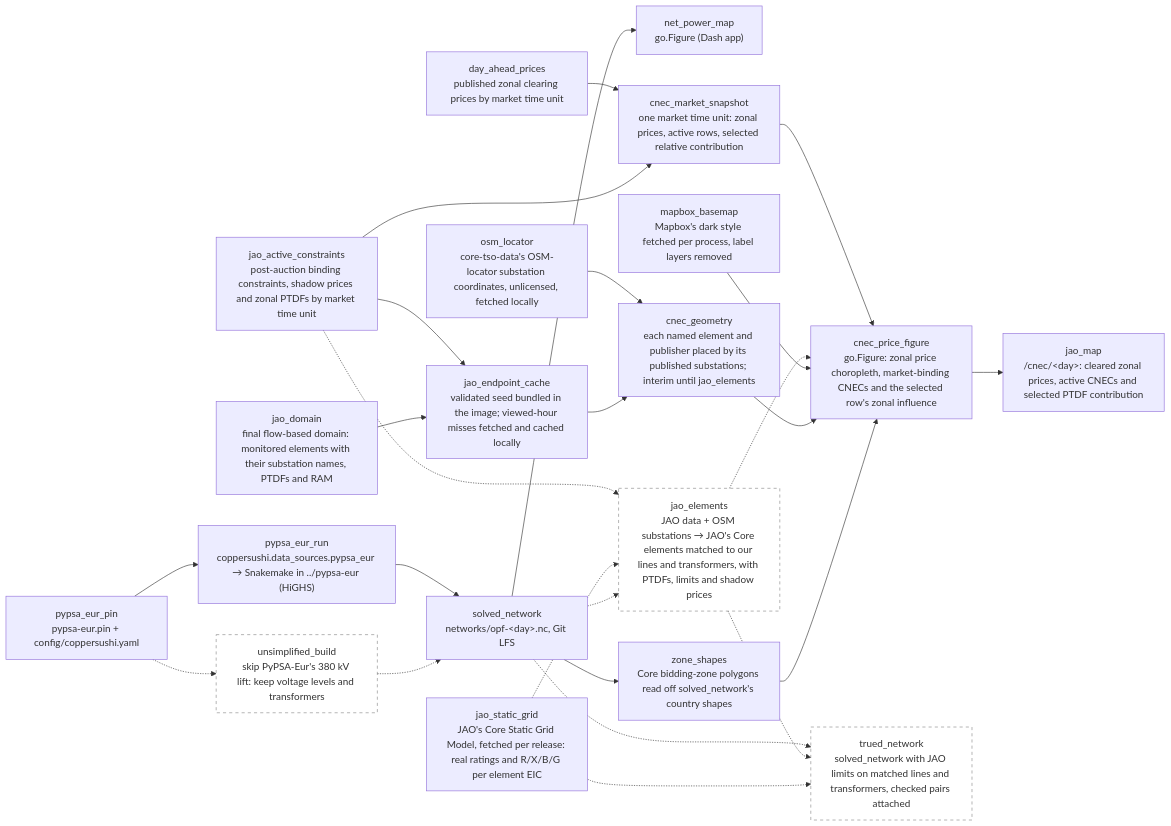
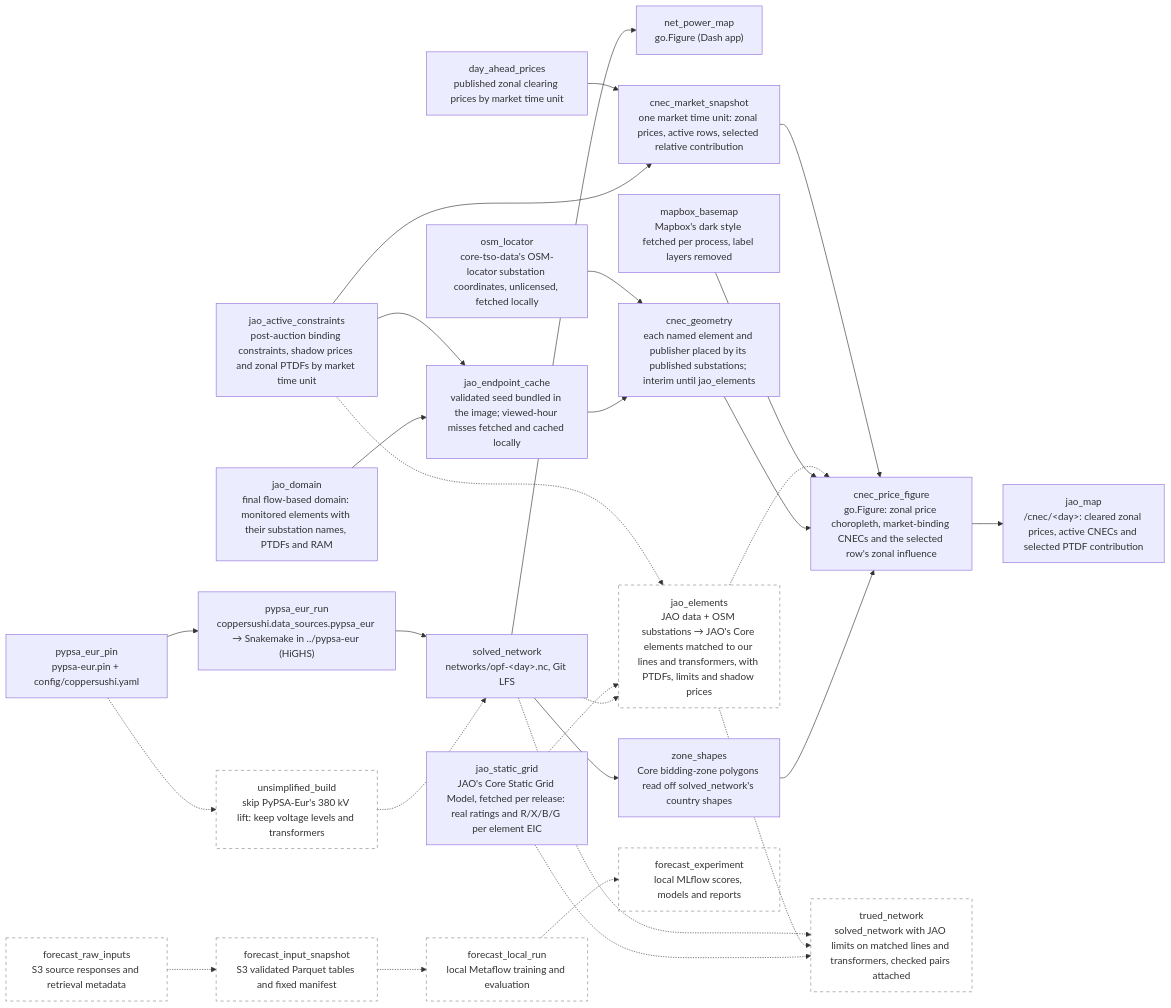
The diagram in wiki/sushi-2.md (zoltanmaric/coppersushi), drawn with Mermaid before and after one commit. The commit also changed other lines of this file and 5 other files, not shown here.

First line of the commit message:
Specify S3 forecast inputs with local Metaflow training

````diff
--- a/wiki/sushi-2.md
+++ b/wiki/sushi-2.md
@@ -17,52 +17,61 @@
 ```mermaid
 flowchart LR
     classDef planned stroke-dasharray: 5 5,stroke:#888,fill:none
 
     net_power_map["net_power_map<br/>go.Figure (Dash app)"]
 
     pypsa_eur_pin["pypsa_eur_pin<br/>pypsa-eur.pin + config/coppersushi.yaml"]
     pypsa_eur_run["pypsa_eur_run<br/>coppersushi.data_sources.pypsa_eur → Snakemake in ../pypsa-eur (HiGHS)"]
     solved_network["solved_network<br/>networks/opf-&lt;day&gt;.nc, Git LFS"]
     jao_active_constraints["jao_active_constraints<br/>post-auction binding constraints, shadow prices and zonal PTDFs by market time unit"]
     jao_domain["jao_domain<br/>final flow-based domain: monitored elements with their substation names, PTDFs and RAM"]
     jao_endpoint_cache["jao_endpoint_cache<br/>validated seed bundled in the image; viewed-hour misses fetched and cached locally"]
     osm_locator["osm_locator<br/>core-tso-data's OSM-locator substation coordinates, unlicensed, fetched locally"]
     cnec_geometry["cnec_geometry<br/>each named element and publisher placed by its published substations; interim until jao_elements"]
     zone_shapes["zone_shapes<br/>Core bidding-zone polygons read off solved_network's country shapes"]
     mapbox_basemap["mapbox_basemap<br/>Mapbox's dark style fetched per process, label layers removed"]
 
     jao_static_grid["jao_static_grid<br/>JAO's Core Static Grid Model, fetched per release: real ratings and R/X/B/G per element EIC"]
 
     unsimplified["unsimplified_build<br/>skip PyPSA-Eur's 380 kV lift: keep voltage levels and transformers"]:::planned
     jao_elements["jao_elements<br/>JAO data + OSM substations → JAO's Core elements matched to our lines and transformers, with PTDFs, limits and shadow prices"]:::planned
     day_ahead_prices["day_ahead_prices<br/>published zonal clearing prices by market time unit"]
     cnec_market_snapshot["cnec_market_snapshot<br/>one market time unit: zonal prices, active rows, selected relative contribution"]
     cnec_price_figure["cnec_price_figure<br/>go.Figure: zonal price choropleth, market-binding CNECs and the selected row's zonal influence"]
     jao_map["jao_map<br/>/cnec/&lt;day&gt;: cleared zonal prices, active CNECs and selected PTDF contribution"]
     trued_network["trued_network<br/>solved_network with JAO limits on matched lines and transformers, checked pairs attached"]:::planned
 
+    forecast_raw_inputs["forecast_raw_inputs<br/>S3 source responses and retrieval metadata"]:::planned
+    forecast_input_snapshot["forecast_input_snapshot<br/>S3 validated Parquet tables and fixed manifest"]:::planned
+    forecast_local_run["forecast_local_run<br/>local Metaflow training and evaluation"]:::planned
+    forecast_experiment["forecast_experiment<br/>local MLflow scores, models and reports"]:::planned
+
+    forecast_raw_inputs -.-> forecast_input_snapshot
+    forecast_input_snapshot -.-> forecast_local_run
+    forecast_local_run -.-> forecast_experiment
+
     pypsa_eur_pin --> pypsa_eur_run
     pypsa_eur_pin -.-> unsimplified
     unsimplified -.-> solved_network
     pypsa_eur_run --> solved_network
     solved_network --> net_power_map
     solved_network --> zone_shapes
     zone_shapes --> cnec_price_figure
     jao_domain --> jao_endpoint_cache
     jao_active_constraints --> jao_endpoint_cache
     jao_endpoint_cache --> cnec_geometry
     osm_locator --> cnec_geometry
     cnec_geometry --> cnec_price_figure
     mapbox_basemap --> cnec_price_figure
     solved_network -.-> jao_elements
     jao_static_grid -.-> jao_elements
     jao_static_grid -.-> trued_network
     jao_active_constraints -.-> jao_elements
     jao_active_constraints --> cnec_market_snapshot
     day_ahead_prices --> cnec_market_snapshot
     jao_elements -.-> cnec_price_figure
     cnec_market_snapshot --> cnec_price_figure
     cnec_price_figure --> jao_map
     jao_elements -.-> trued_network
     solved_network -.-> trued_network
 ```
````
